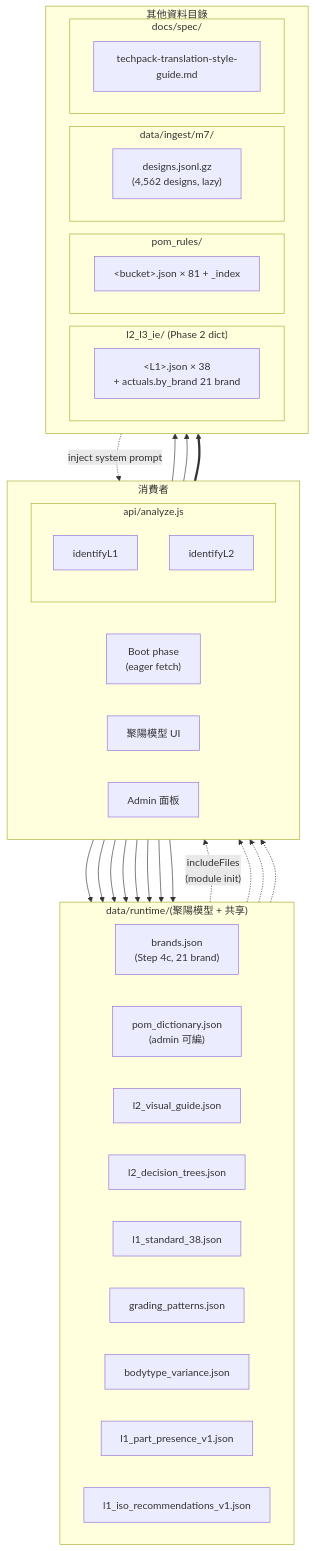
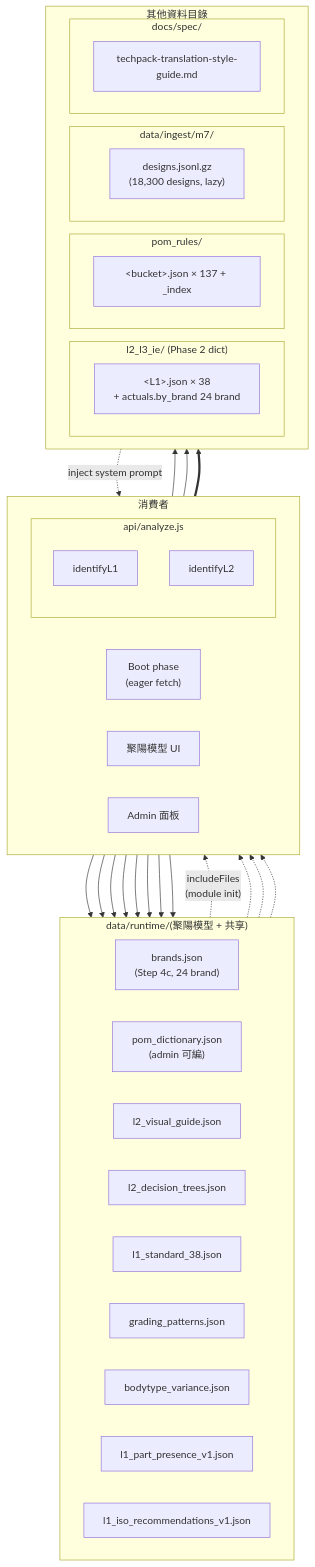
The third of 5 diagrams in docs/spec/網站架構圖.md (ellyfd/stytrix-techpack), drawn with Mermaid before and after one commit. The commit also changed other lines of this file and 8 other files, not shown here.

````diff
--- a/docs/spec/網站架構圖.md
+++ b/docs/spec/網站架構圖.md
@@ -123,67 +123,67 @@
 ```mermaid
 flowchart TB
   subgraph Top["消費者"]
     direction LR
     FE_boot["Boot phase<br/>(eager fetch)"]
     FE_make["聚陽模型 UI"]
     FE_admin["Admin 面板"]
     subgraph Fn["api/analyze.js"]
       direction TB
       FN_pass1["identifyL1"]
       FN_pass2["identifyL2"]
     end
   end
 
   subgraph Runtime["data/runtime/(聚陽模型 + 共享)"]
     direction LR
-    D_brands["brands.json<br/>(Step 4c, 21 brand)"]
+    D_brands["brands.json<br/>(Step 4c, 24 brand)"]
     D_pomdict["pom_dictionary.json<br/>(admin 可編)"]
     D_guide["l2_visual_guide.json"]
     D_trees["l2_decision_trees.json"]
     D_l1std["l1_standard_38.json"]
     D_grading["grading_patterns.json"]
     D_bodyvar["bodytype_variance.json"]
     D_pres["l1_part_presence_v1.json"]
     D_iso["l1_iso_recommendations_v1.json"]
   end
 
   subgraph Other["其他資料目錄"]
     direction LR
     subgraph IE["l2_l3_ie/ (Phase 2 dict)"]
-      IE_files["&lt;L1&gt;.json × 38<br/>+ actuals.by_brand 21 brand"]
+      IE_files["&lt;L1&gt;.json × 38<br/>+ actuals.by_brand 24 brand"]
     end
     subgraph PomRules["pom_rules/"]
-      P_files["&lt;bucket&gt;.json × 81 + _index"]
+      P_files["&lt;bucket&gt;.json × 137 + _index"]
     end
     subgraph Ingest["data/ingest/m7/"]
-      M_designs["designs.jsonl.gz<br/>(4,562 designs, lazy)"]
+      M_designs["designs.jsonl.gz<br/>(18,300 designs, lazy)"]
     end
     subgraph Spec["docs/spec/"]
       R_style["techpack-translation-style-guide.md"]
     end
   end
 
   %% Boot
   FE_boot --> D_brands
 
   %% Fn includeFiles
   D_guide -. "includeFiles<br/>(module init)" .-> FN_pass1
   D_l1std -.-> FN_pass1
   D_guide -.-> FN_pass2
   D_trees -.-> FN_pass2
   R_style -. "inject system prompt" .-> Fn
 
   %% 聚陽模型 runtime fetch
   FE_make --> IE_files
   FE_make --> P_files
   FE_make --> D_pres
   FE_make --> D_iso
   FE_make --> D_grading
   FE_make --> D_bodyvar
   FE_make --> D_guide
   FE_make ==> M_designs
 
   %% 共享
   FE_make --> D_pomdict
   FE_admin --> D_pomdict
 ```
````
